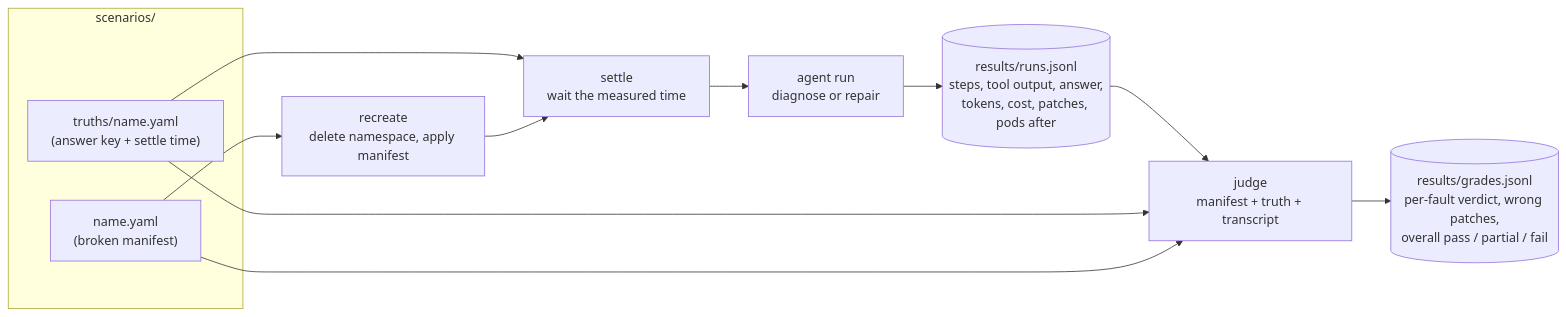
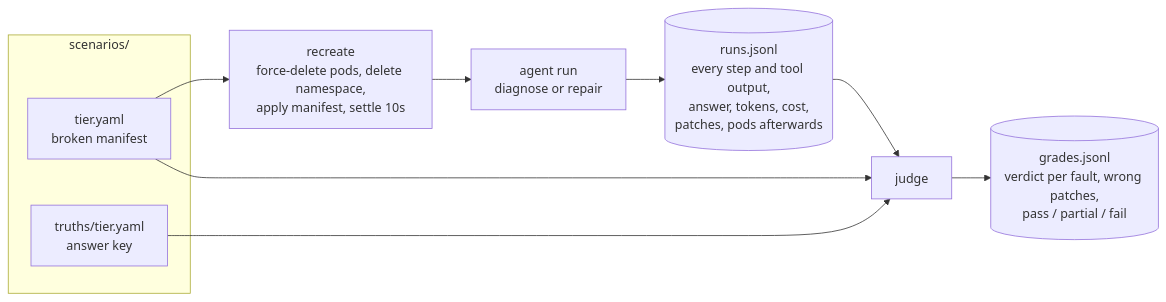
Before and after one commit to zaansaeed/k8s-reconcile: the fifth of 5 diagrams in README.md, drawn with Mermaid. The commit also changed other lines of this file and 54 other files, not shown here.

Commit message:
removed 9 scenarios. now 4 tiers of faults. reran benchmark comparing opus and haiku over 10 trials each, in diagnose and repair mode. caching now all entries. rewrote readme

````diff
--- a/README.md
+++ b/README.md
@@ -94,16 +120,14 @@
 ```mermaid
 flowchart LR
     subgraph scen["scenarios/"]
-        M["name.yaml<br/>(broken manifest)"]
-        T["truths/name.yaml<br/>(answer key + settle time)"]
+        M["tier.yaml<br/>broken manifest"]
+        T["truths/tier.yaml<br/>answer key"]
     end
-    M --> R1["recreate<br/>delete namespace, apply manifest"]
-    T --> R2
-    R1 --> R2["settle<br/>wait the measured time"]
-    R2 --> A["agent run<br/>diagnose or repair"]
-    A --> J1[("results/runs.jsonl<br/>steps, tool output, answer,<br/>tokens, cost, patches, pods after")]
-    J1 --> JD["judge<br/>manifest + truth + transcript"]
+    M --> R1["recreate<br/>force-delete pods, delete namespace,<br/>apply manifest, settle 10s"]
+    R1 --> A["agent run<br/>diagnose or repair"]
+    A --> J1[("runs.jsonl<br/>every step and tool output,<br/>answer, tokens, cost,<br/>patches, pods afterwards")]
+    J1 --> JD["judge"]
+    M --> JD
     T --> JD
-    M --> JD
-    JD --> J2[("results/grades.jsonl<br/>per-fault verdict, wrong patches,<br/>overall pass / partial / fail")]
+    JD --> J2[("grades.jsonl<br/>verdict per fault, wrong patches,<br/>pass / partial / fail")]
 ```
````
